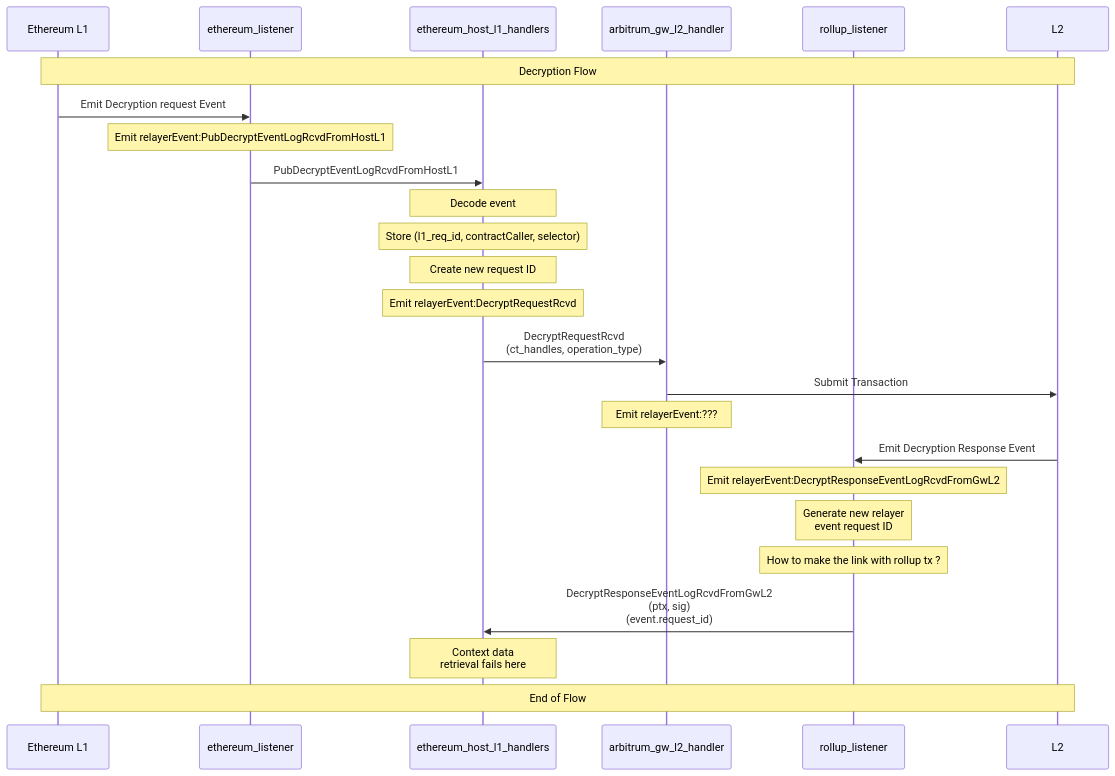
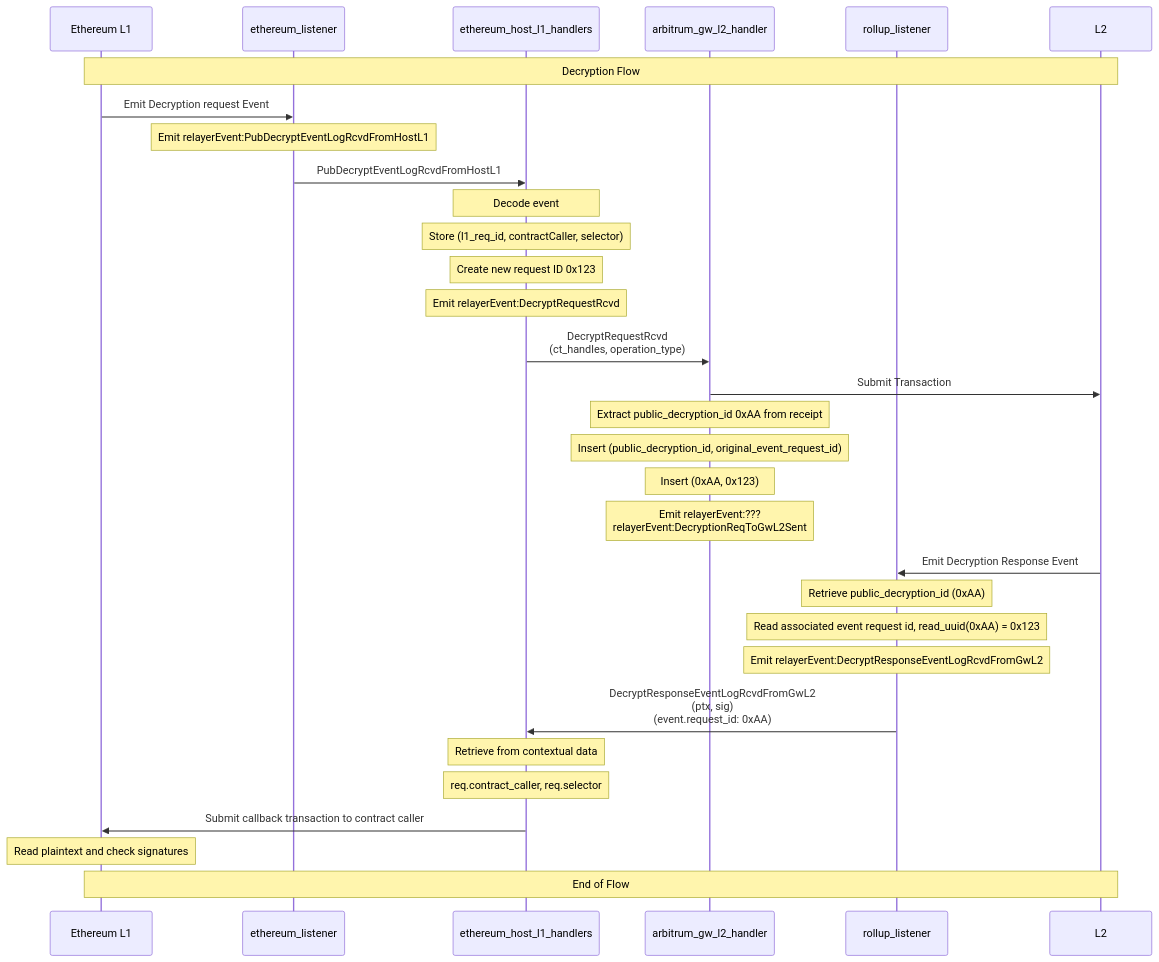
The diagram in apps/relayer/fhevm-relayer/src/decryption_flow.md (zama-ai/fhevm), drawn with Mermaid before and after one commit.

Commit message:
doc: complete flow

````diff
--- a/apps/relayer/fhevm-relayer/src/decryption_flow.md
+++ b/apps/relayer/fhevm-relayer/src/decryption_flow.md
@@ -5,30 +5,36 @@
 ```mermaid
 sequenceDiagram
     participant L1 as Ethereum L1
     participant EL as ethereum_listener
     participant EH as ethereum_host_l1_handlers
     participant AGH as arbitrum_gw_l2_handler
     participant RL as rollup_listener
 
     Note over L1,L2: Decryption Flow
     
     L1->>EL: Emit Decryption request Event
     Note over EL: Emit relayerEvent:PubDecryptEventLogRcvdFromHostL1
     EL->>EH: PubDecryptEventLogRcvdFromHostL1
     Note over EH: Decode event
     Note over EH: Store (l1_req_id, contractCaller, selector)
-    Note over EH: Create new request ID
+    Note over EH: Create new request ID 0x123
     Note over EH: Emit relayerEvent:DecryptRequestRcvd
     
     EH->>AGH: DecryptRequestRcvd<br/>(ct_handles, operation_type)
     AGH->>L2: Submit Transaction
-    Note over AGH: Emit relayerEvent:???
+    Note over AGH: Extract public_decryption_id 0xAA from receipt
+    Note over AGH: Insert (public_decryption_id, original_event_request_id)
+    Note over AGH: Insert (0xAA, 0x123)
+    Note over AGH: Emit relayerEvent:???<br/>relayerEvent:DecryptionReqToGwL2Sent
     
     L2->>RL: Emit Decryption Response Event
+    Note over RL: Retrieve public_decryption_id (0xAA)
+    Note over RL: Read associated event request id, read_uuid(0xAA) = 0x123
     Note over RL: Emit relayerEvent:DecryptResponseEventLogRcvdFromGwL2
-    Note over RL: Generate new relayer<br/>event request ID
-    Note over RL: How to make the link with rollup tx ?
-    RL->>EH: DecryptResponseEventLogRcvdFromGwL2<br/>(ptx, sig)<br/>(event.request_id)
-    Note over EH: Context data<br/>retrieval fails here
+    RL->>EH: DecryptResponseEventLogRcvdFromGwL2<br/>(ptx, sig)<br/>(event.request_id: 0xAA)
+    Note over EH: Retrieve from contextual data
+    Note over EH: req.contract_caller, req.selector
+    EH->>L1: Submit callback transaction to contract caller
+    Note over L1: Read plaintext and check signatures
     Note over L1,L2: End of Flow
 ```
````
